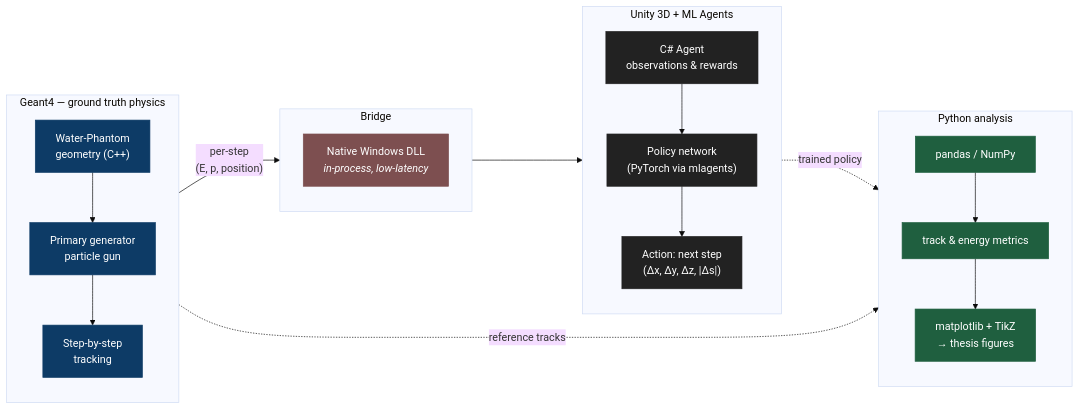
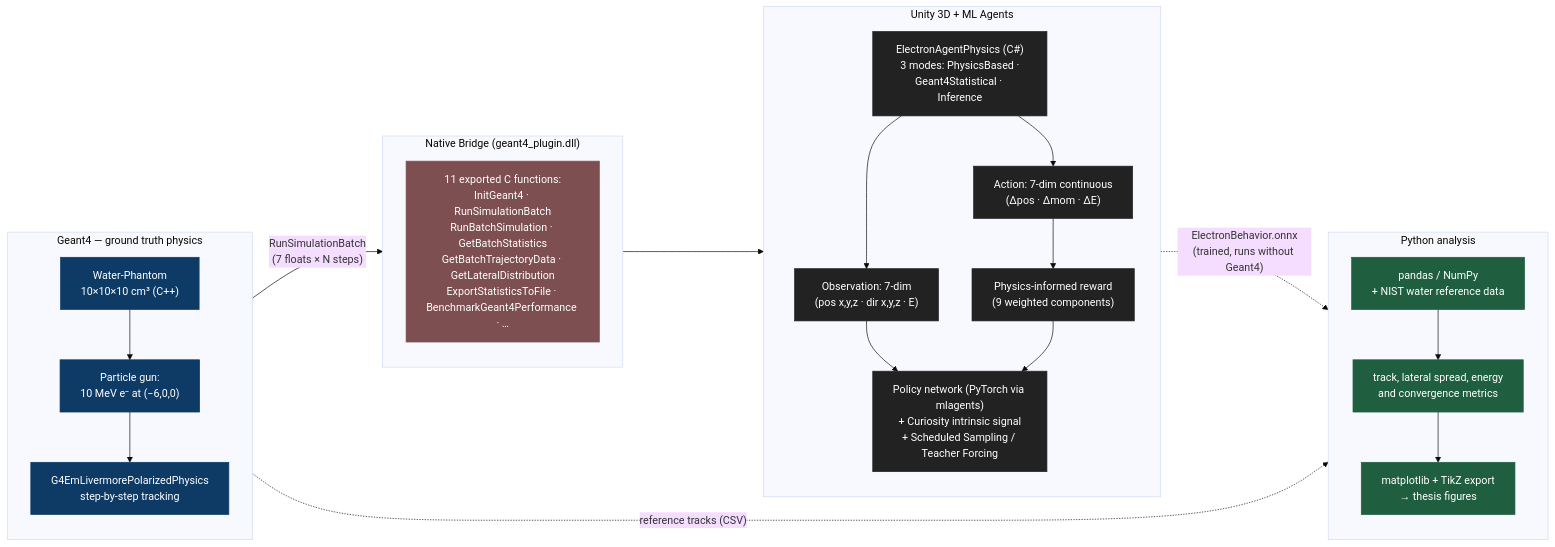
Before and after one commit to LeoTheOriginal/Scalable-Pipeline-for-Simulation-Control-and-Data-Collection-Using-Unity-and-Geant4: the first of 2 diagrams in README.md, drawn with Mermaid (base theme). The commit also changed other lines of this file, not shown here.

Commit message:
docs: rewrite README from code (concrete setup, agent V6, RL algos, bridge details)

````diff
--- a/README.md
+++ b/README.md
@@ -27,45 +39,49 @@
 ```mermaid
 flowchart LR
     subgraph G["Geant4 — ground truth physics"]
         direction TB
-        G1["Water-Phantom<br/>geometry (C++)"]
-        G2["Primary generator<br/>particle gun"]
-        G3["Step-by-step<br/>tracking"]
+        G1["Water-Phantom<br/>10×10×10 cm³ (C++)"]
+        G2["Particle gun:<br/>10 MeV e⁻ at (−6,0,0)"]
+        G3["G4EmLivermorePolarizedPhysics<br/>step-by-step tracking"]
         G1 --> G2 --> G3
     end
 
-    subgraph B["Bridge"]
+    subgraph B["Native Bridge (geant4_plugin.dll)"]
         direction TB
-        B1["Native Windows DLL<br/><i>in-process, low-latency</i>"]
+        B1["11 exported C functions:<br/>InitGeant4 · RunSimulationBatch<br/>RunBatchSimulation · GetBatchStatistics<br/>GetBatchTrajectoryData · GetLateralDistribution<br/>ExportStatisticsToFile · BenchmarkGeant4Performance · …"]
     end
 
     subgraph U["Unity 3D + ML Agents"]
         direction TB
-        U1["C# Agent<br/>observations &amp; rewards"]
-        U2["Policy network<br/>(PyTorch via mlagents)"]
-        U3["Action: next step<br/>(Δx, Δy, Δz, |Δs|)"]
-        U1 --> U2 --> U3
+        U1["ElectronAgentPhysics (C#)<br/>3 modes: PhysicsBased ·<br/>Geant4Statistical · Inference"]
+        U2["Observation: 7-dim<br/>(pos x,y,z · dir x,y,z · E)"]
+        U3["Action: 7-dim continuous<br/>(Δpos · Δmom · ΔE)"]
+        U4["Physics-informed reward<br/>(9 weighted components)"]
+        U5["Policy network (PyTorch via mlagents)<br/>+ Curiosity intrinsic signal<br/>+ Scheduled Sampling / Teacher Forcing"]
+        U1 --> U2 & U3
+        U2 --> U5
+        U3 --> U4 --> U5
     end
 
     subgraph A["Python analysis"]
         direction TB
-        A1["pandas / NumPy"]
-        A2["track &amp; energy metrics"]
-        A3["matplotlib + TikZ<br/>→ thesis figures"]
+        A1["pandas / NumPy<br/>+ NIST water reference data"]
+        A2["track, lateral spread, energy<br/>and convergence metrics"]
+        A3["matplotlib + TikZ export<br/>→ thesis figures"]
         A1 --> A2 --> A3
     end
 
-    G3 -- "per-step<br/>(E, p, position)" --> B1
+    G3 -- "RunSimulationBatch<br/>(7 floats × N steps)" --> B1
     B1 --> U1
-    U3 -. "trained policy" .-> A1
-    G3 -. "reference tracks" .-> A1
+    U5 -. "ElectronBehavior.onnx<br/>(trained, runs without Geant4)" .-> A1
+    G3 -. "reference tracks (CSV)" .-> A1
 
     classDef g fill:#0d3b66,stroke:#0d3b66,color:#fff;
     classDef b fill:#7d4f50,stroke:#7d4f50,color:#fff;
     classDef u fill:#222,stroke:#222,color:#fff;
     classDef a fill:#1f5f3f,stroke:#1f5f3f,color:#fff;
     class G1,G2,G3 g;
     class B1 b;
-    class U1,U2,U3 u;
+    class U1,U2,U3,U4,U5 u;
     class A1,A2,A3 a;
 ```
````
